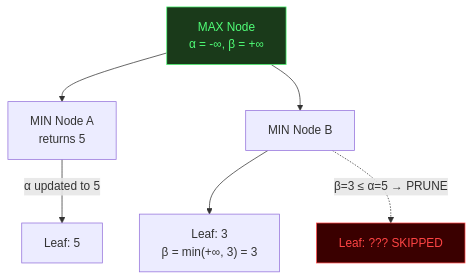
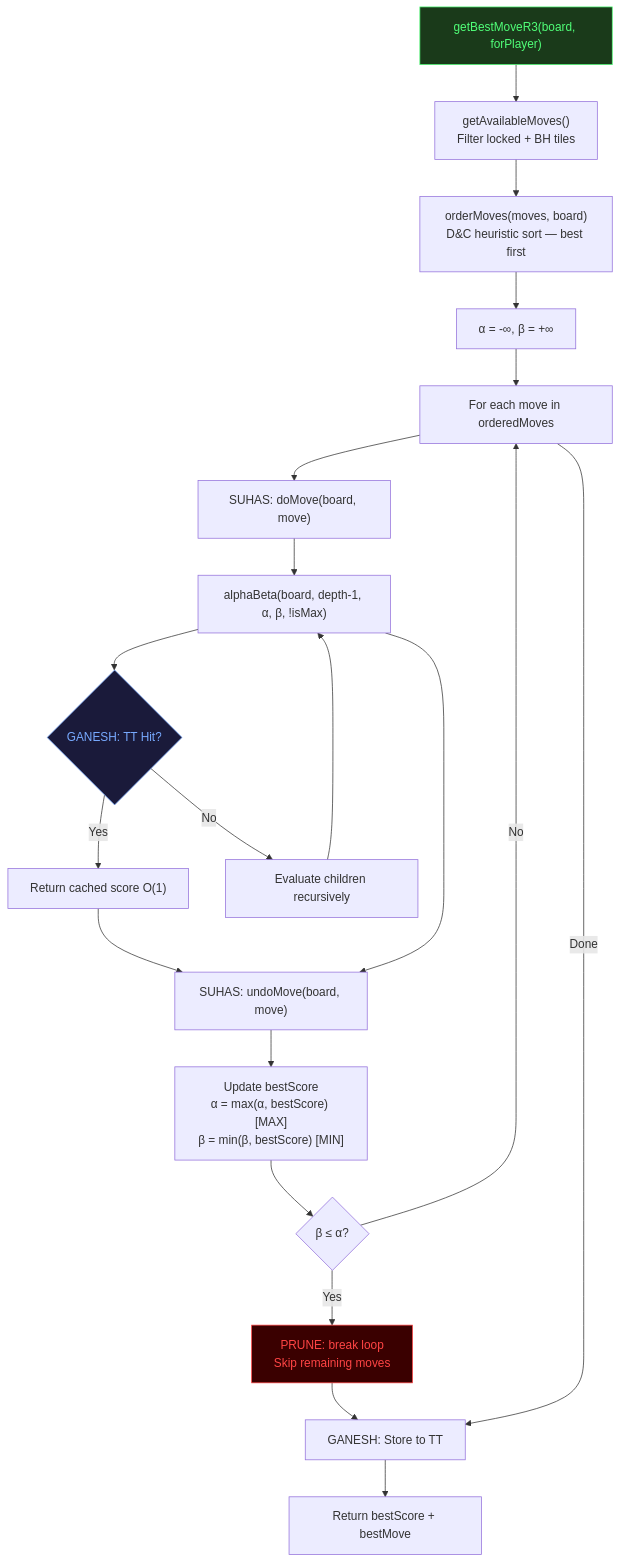
One commit to Ganesh2006646/FLIP changed the fourth of 6 diagrams in game_analysis_r3.md. Above: the diagram before and after it, drawn with Mermaid. The commit also changed other lines of this file and 1 other file, not shown here.

````diff
--- a/game_analysis_r3.md
+++ b/game_analysis_r3.md
@@ -247,11 +385,26 @@
 ```mermaid
 graph TD
-    MAX["MAX Node<br>α = -∞, β = +∞"] --> M1["MIN Node A<br>returns 5"]
-    MAX --> M2["MIN Node B"]
-    M1 -->|"α updated to 5"| L1["Leaf: 5"]
-    M2 --> L2["Leaf: 3<br>β = min(+∞, 3) = 3"]
-    M2 -. "β=3 ≤ α=5 → PRUNE" .-> L3["Leaf: ??? SKIPPED"]
+    Entry["getBestMoveR3(board, forPlayer)"] --> GetMoves["getAvailableMoves()<br>Filter locked + BH tiles"]
+    GetMoves --> Order["orderMoves(moves, board)<br>D&C heuristic sort — best first"]
+    Order --> InitAB["α = -∞, β = +∞"]
+    InitAB --> Loop["For each move in orderedMoves"]
+    Loop --> Do["SUHAS: doMove(board, move)"]
+    Do --> Recurse["alphaBeta(board, depth-1, α, β, !isMax)"]
+    Recurse --> TTCheck{"GANESH: TT Hit?"}
+    TTCheck -->|Yes| TTReturn["Return cached score O(1)"]
+    TTCheck -->|No| Continue["Evaluate children recursively"]
+    Continue --> Recurse
+    TTReturn --> Undo
+    Recurse --> Undo["SUHAS: undoMove(board, move)"]
+    Undo --> UpdateAB["Update bestScore<br>α = max(α, bestScore) [MAX]<br>β = min(β, bestScore) [MIN]"]
+    UpdateAB --> PruneCheck{"β ≤ α?"}
+    PruneCheck -->|Yes| Prune["PRUNE: break loop<br>Skip remaining moves"]
+    PruneCheck -->|No| Loop
+    Prune --> StoreTT["GANESH: Store to TT"]
+    Loop -->|Done| StoreTT
+    StoreTT --> Return["Return bestScore + bestMove"]
 
-    style L3 fill:#3a0000,color:#ff4444,stroke:#ff4444
-    style MAX fill:#1a3a1a,color:#50FF78,stroke:#50FF78
+    style Entry fill:#1a3a1a,color:#50FF78,stroke:#50FF78
+    style Prune fill:#3a0000,color:#ff4444,stroke:#ff4444
+    style TTCheck fill:#1a1a3a,color:#78AAFF,stroke:#78AAFF
 ```
````
